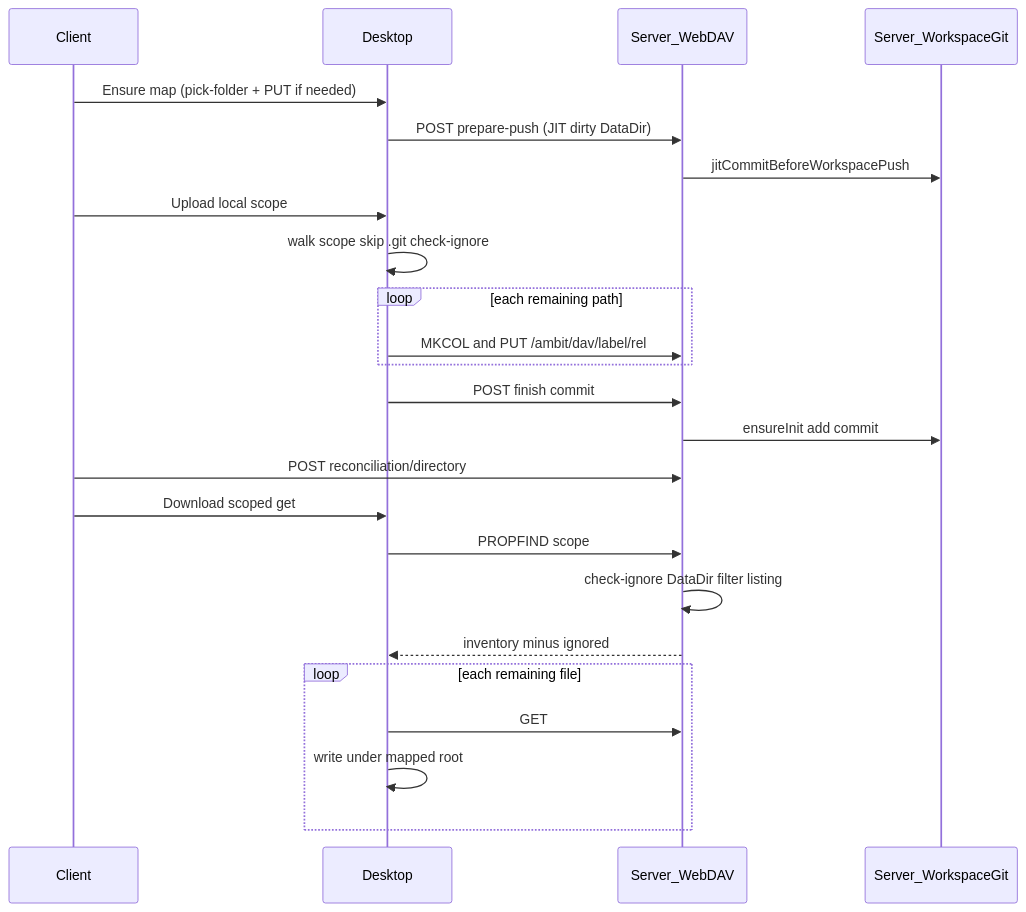
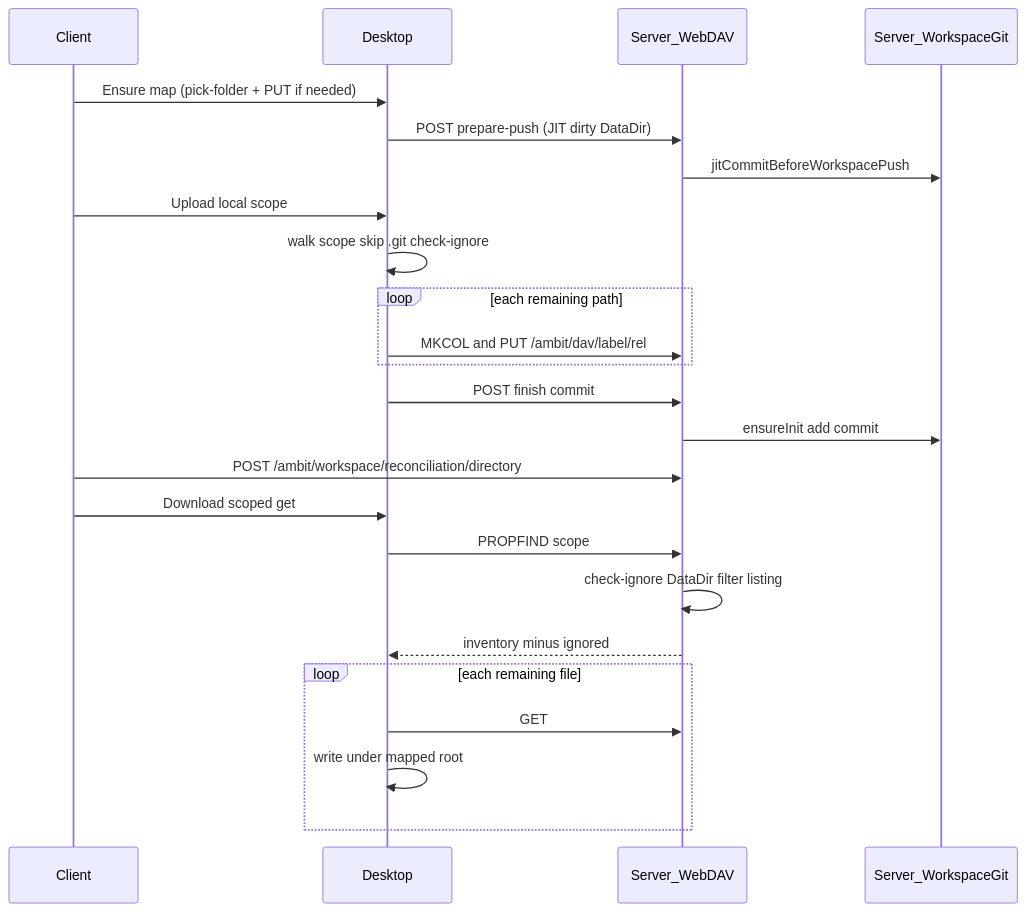
One commit to abaljeu/ambit changed the diagram in doc/roadmap/workspace-file-sync.md. Above: the diagram before and after it, drawn with Mermaid. The commit also changed other lines of this file and 21 other files, not shown here.

````diff
--- a/doc/roadmap/workspace-file-sync.md
+++ b/doc/roadmap/workspace-file-sync.md
@@ -108,28 +103,28 @@
 ```mermaid
 %%{init: {'themeVariables': {'fontSize': '20px'}}}%%
 sequenceDiagram
   participant UI as Client
   participant Desk as Desktop
   participant Dav as Server_WebDAV
   participant Git as Server_WorkspaceGit
 
   UI->>Desk: Ensure map (pick-folder + PUT if needed)
   Desk->>Dav: POST prepare-push (JIT dirty DataDir)
   Dav->>Git: jitCommitBeforeWorkspacePush
   UI->>Desk: Upload local scope
   Desk->>Desk: walk scope skip .git check-ignore
   loop each remaining path
     Desk->>Dav: MKCOL and PUT /ambit/dav/label/rel
   end
   Desk->>Dav: POST finish commit
   Dav->>Git: ensureInit add commit
-  UI->>Dav: POST reconciliation/directory
+  UI->>Dav: POST /ambit/workspace/reconciliation/directory
   UI->>Desk: Download scoped get
   Desk->>Dav: PROPFIND scope
   Dav->>Dav: check-ignore DataDir filter listing
   Dav-->>Desk: inventory minus ignored
   loop each remaining file
     Desk->>Dav: GET
     Desk->>Desk: write under mapped root
   end
 ```
````
